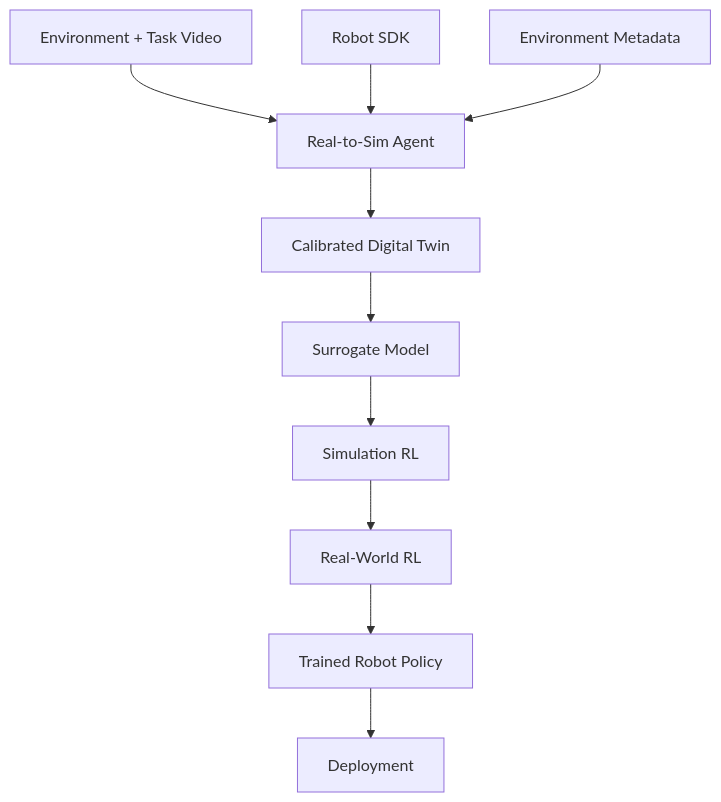
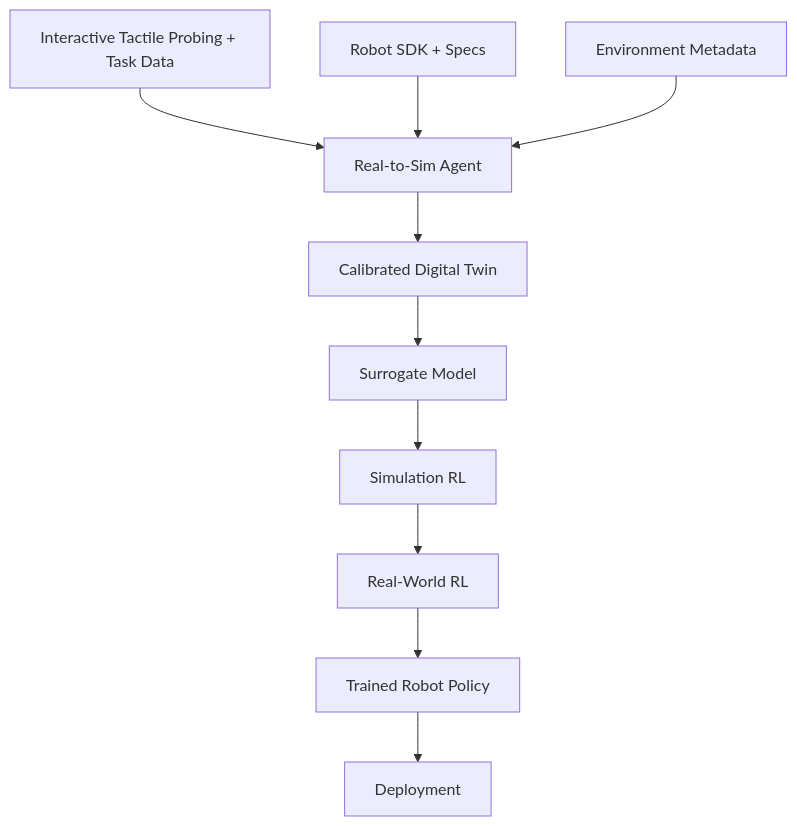
The first of 11 diagrams in docs/specs/post-demo/lunch_robotics.md (Freelunch-AI/freelunch-ide), drawn with Mermaid before and after one commit. The commit also changed other lines of this file, not shown here.

````diff
--- a/docs/specs/post-demo/lunch_robotics.md
+++ b/docs/specs/post-demo/lunch_robotics.md
@@ -22,13 +22,13 @@
 ```mermaid
 flowchart TD
-    A["Environment + Task Video"] --> D["Real-to-Sim Agent"]
-    B["Robot SDK"] --> D
+    A["Interactive Tactile Probing + Task Data"] --> D["Real-to-Sim Agent"]
+    B["Robot SDK + Specs"] --> D
     C["Environment Metadata"] --> D
 
     D --> E["Calibrated Digital Twin"]
     E --> F["Surrogate Model"]
     F --> G["Simulation RL"]
     G --> H["Real-World RL"]
     H --> I["Trained Robot Policy"]
     I --> J["Deployment"]
 ```
````
